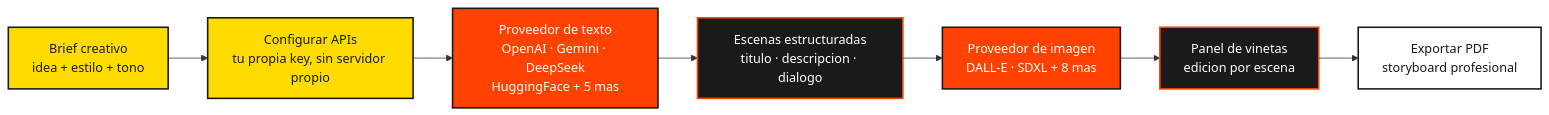
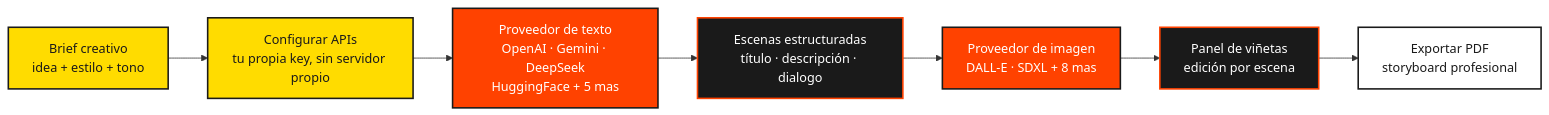
The diagram in README.md (freeanimationpower/FAP_AI_STORYBOARD_WEB), drawn with Mermaid before and after one commit. The commit also changed other lines of this file, not shown here.

````diff
--- a/README.md
+++ b/README.md
@@ -42,17 +42,17 @@
 ```mermaid
 flowchart LR
     classDef ui fill:#ffdc00,stroke:#1a1a1a,color:#1a1a1a,stroke-width:2px;
     classDef engine fill:#ff4200,stroke:#1a1a1a,color:#ffffff,stroke-width:2px;
     classDef data fill:#1a1a1a,stroke:#ff4200,color:#ffffff,stroke-width:2px;
     classDef ext fill:#ffffff,stroke:#1a1a1a,color:#1a1a1a,stroke-width:2px;
         USER["Brief creativo<br/>idea + estilo + tono"] --> CFG["Configurar APIs<br/>tu propia key, sin servidor propio"]
         CFG --> TXT["Proveedor de texto<br/>OpenAI · Gemini · DeepSeek<br/>HuggingFace + 5 mas"]
-        TXT --> ESC["Escenas estructuradas<br/>titulo · descripcion · dialogo"]
+        TXT --> ESC["Escenas estructuradas<br/>título · descripción · dialogo"]
         ESC --> IMG["Proveedor de imagen<br/>DALL-E · SDXL + 8 mas"]
-        IMG --> PAN["Panel de vinetas<br/>edicion por escena"]
+        IMG --> PAN["Panel de viñetas<br/>edición por escena"]
         PAN --> PDF["Exportar PDF<br/>storyboard profesional"]
         class USER,CFG ui
         class TXT,IMG engine
         class ESC,PAN data
         class PDF ext
 ```
````
